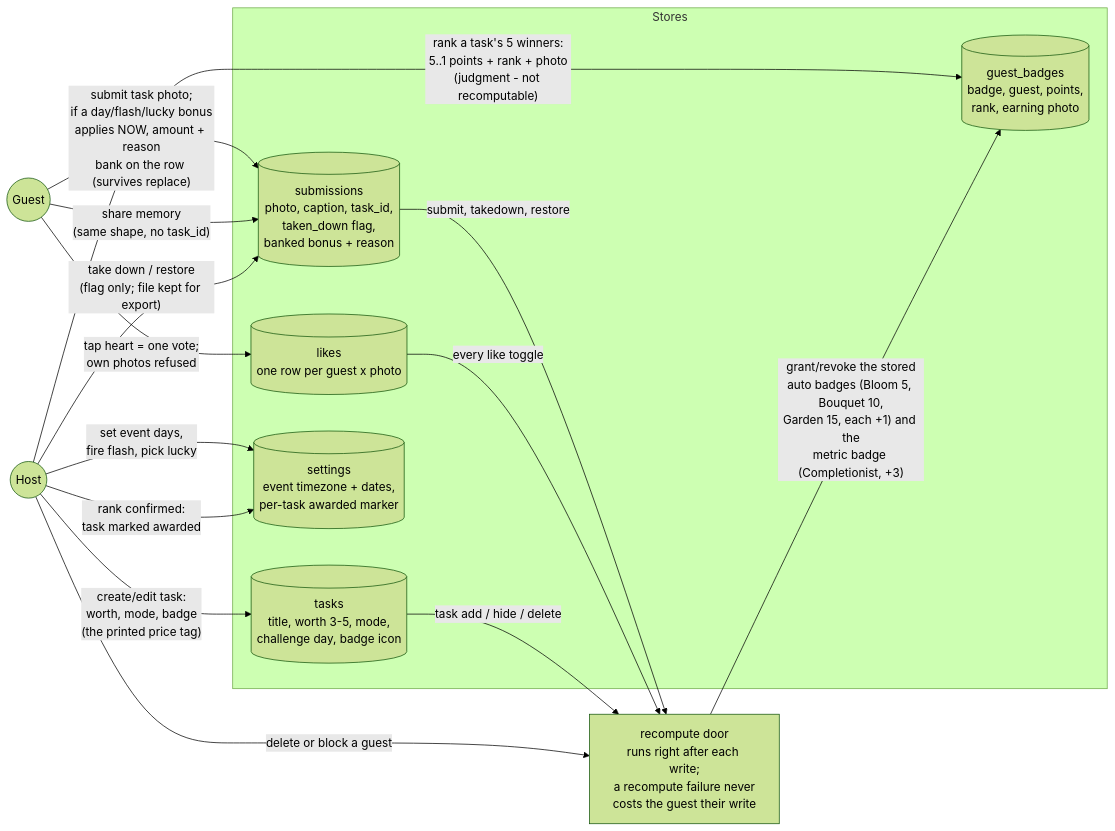
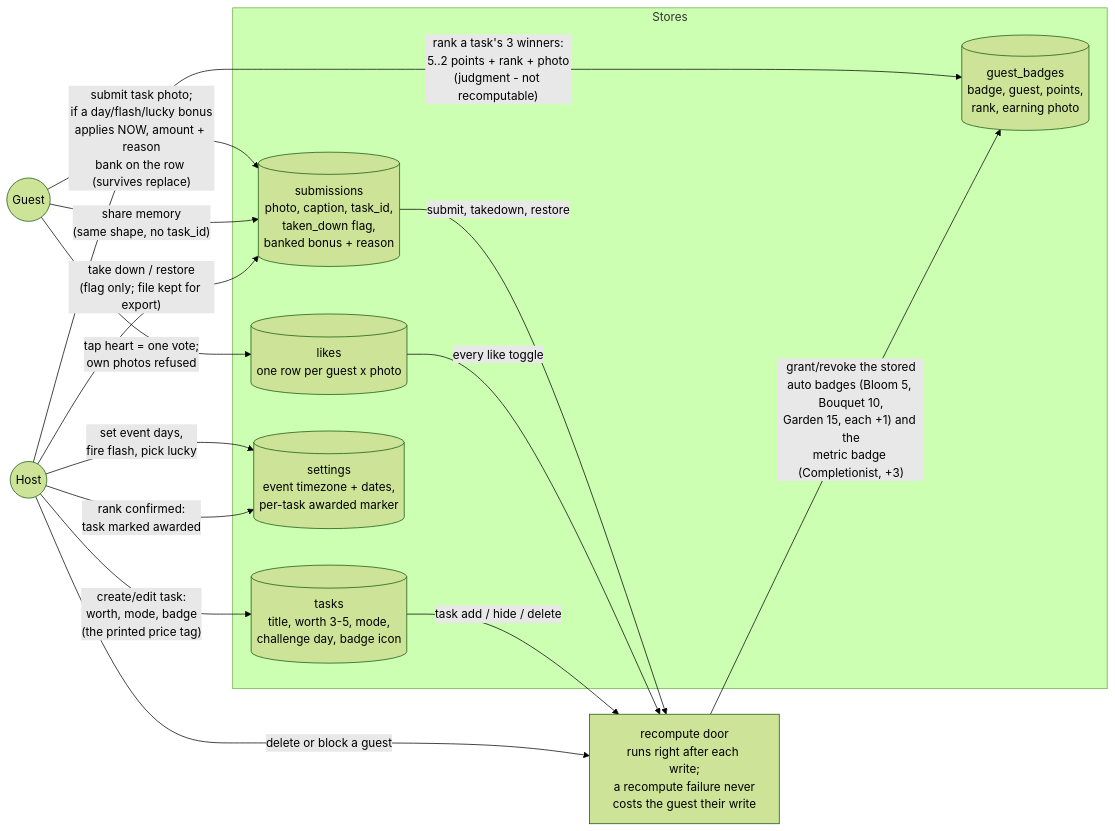
One commit to TrevorHumble/TaskMasterWedding changed the first of 4 diagrams in docs/game-design-points-badges.md. Above: the diagram before and after it, drawn with Mermaid (forest theme). The commit also changed other lines of this file and 17 other files, not shown here.

````diff
--- a/docs/game-design-points-badges.md
+++ b/docs/game-design-points-badges.md
@@ -218,31 +221,31 @@
 ```mermaid
 flowchart LR
   Guest((Guest))
   Host((Host))
 
   subgraph Stores
     T[("tasks<br/>title, worth 3-5, mode,<br/>challenge day, badge icon")]
     S[("submissions<br/>photo, caption, task_id,<br/>taken_down flag,<br/>banked bonus + reason")]
     L[("likes<br/>one row per guest x photo")]
     GB[("guest_badges<br/>badge, guest, points,<br/>rank, earning photo")]
     ST[("settings<br/>event timezone + dates,<br/>per-task awarded marker")]
   end
 
   R["recompute door<br/>runs right after each write;<br/>a recompute failure never<br/>costs the guest their write"]
 
   Guest -- "submit task photo;<br/>if a day/flash/lucky bonus<br/>applies NOW, amount + reason<br/>bank on the row (survives replace)" --> S
   Guest -- "share memory<br/>(same shape, no task_id)" --> S
   Guest -- "tap heart = one vote;<br/>own photos refused" --> L
   Host -- "create/edit task:<br/>worth, mode, badge<br/>(the printed price tag)" --> T
   Host -- "set event days,<br/>fire flash, pick lucky" --> ST
-  Host -- "rank a task's 5 winners:<br/>5..1 points + rank + photo<br/>(judgment - not recomputable)" --> GB
+  Host -- "rank a task's 3 winners:<br/>5..2 points + rank + photo<br/>(judgment - not recomputable)" --> GB
   Host -- "rank confirmed:<br/>task marked awarded" --> ST
   Host -- "take down / restore<br/>(flag only; file kept for export)" --> S
 
   S -- "submit, takedown, restore" --> R
   L -- "every like toggle" --> R
   T -- "task add / hide / delete" --> R
   Host -- "delete or block a guest" --> R
 
   R -- "grant/revoke the stored<br/>auto badges (Bloom 5, Bouquet 10,<br/>Garden 15, each +1) and the<br/>metric badge (Completionist, +3)" --> GB
 ```
````
